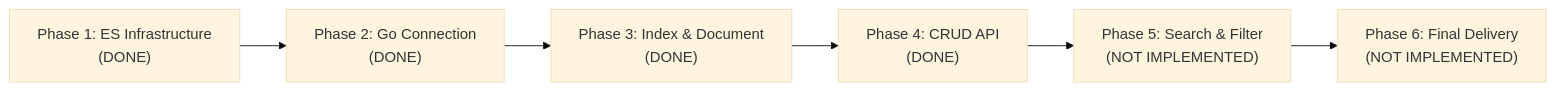
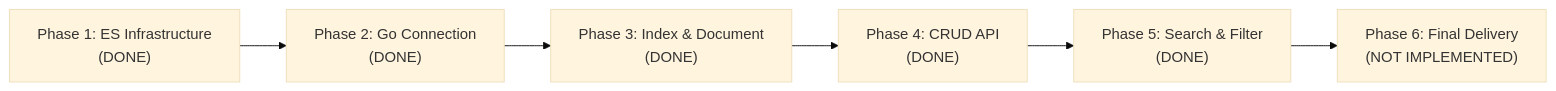
Before and after one commit to fajri-rabka/go-elastic-poc: the diagram in docs/ROADMAP.md, drawn with Mermaid (base theme). The commit also changed other lines of this file and 2 other files, not shown here.

Commit message:
docs: document motorcycle search, filter, and learning guide chapter 21

````diff
--- a/docs/ROADMAP.md
+++ b/docs/ROADMAP.md
@@ -19,8 +19,8 @@
 ```mermaid
 flowchart LR
     P1["Phase 1: ES Infrastructure<br/>(DONE)"] --> P2["Phase 2: Go Connection<br/>(DONE)"]
     P2 --> P3["Phase 3: Index & Document<br/>(DONE)"]
     P3 --> P4["Phase 4: CRUD API<br/>(DONE)"]
-    P4 --> P5["Phase 5: Search & Filter<br/>(NOT IMPLEMENTED)"]
+    P4 --> P5["Phase 5: Search & Filter<br/>(DONE)"]
     P5 --> P6["Phase 6: Final Delivery<br/>(NOT IMPLEMENTED)"]
 ```
````
